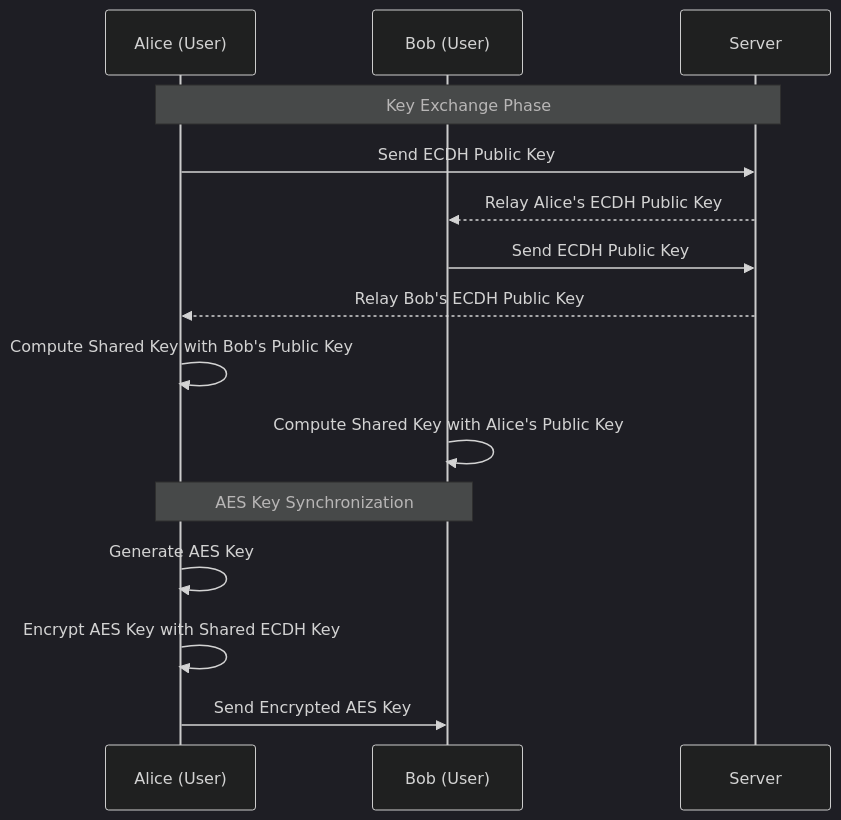
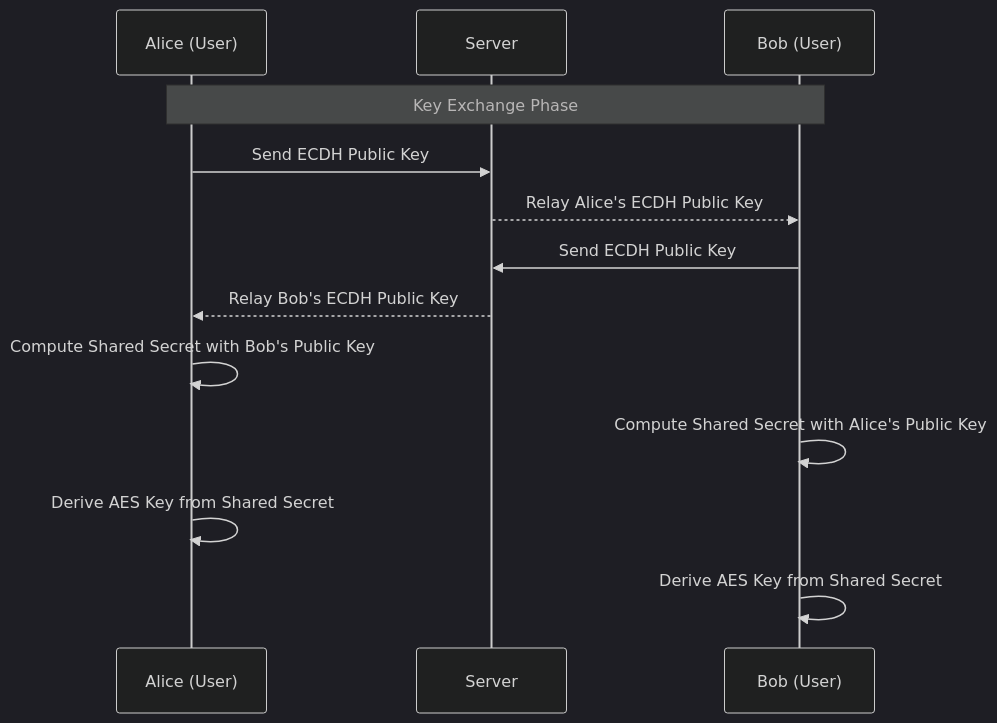
Before and after one commit to GuillaumeDorschner/RTU-CryptoChatApp: the second of 4 diagrams in Technical Design System.md, drawn with Mermaid (dark theme). The commit also changed other lines of this file and 1 other file, not shown here.

````diff
--- a/Technical Design System.md
+++ b/Technical Design System.md
@@ -55,18 +57,16 @@
 ```mermaid
 sequenceDiagram
     participant A as Alice (User)
+    participant S as Server
     participant B as Bob (User)
-    participant S as Server
 
-    Note over A,S: Key Exchange Phase
+    Note over A,B: Key Exchange Phase
     A->>S: Send ECDH Public Key
     S-->>B: Relay Alice's ECDH Public Key
     B->>S: Send ECDH Public Key
     S-->>A: Relay Bob's ECDH Public Key
-    A->>A: Compute Shared Key with Bob's Public Key
-    B->>B: Compute Shared Key with Alice's Public Key
-    Note over A,B: AES Key Synchronization
-    A->>A: Generate AES Key
-    A->>A: Encrypt AES Key with Shared ECDH Key
-    A->>B: Send Encrypted AES Key
+    A->>A: Compute Shared Secret with Bob's Public Key
+    B->>B: Compute Shared Secret with Alice's Public Key
+    A->>A: Derive AES Key from Shared Secret
+    B->>B: Derive AES Key from Shared Secret
 ```
````
